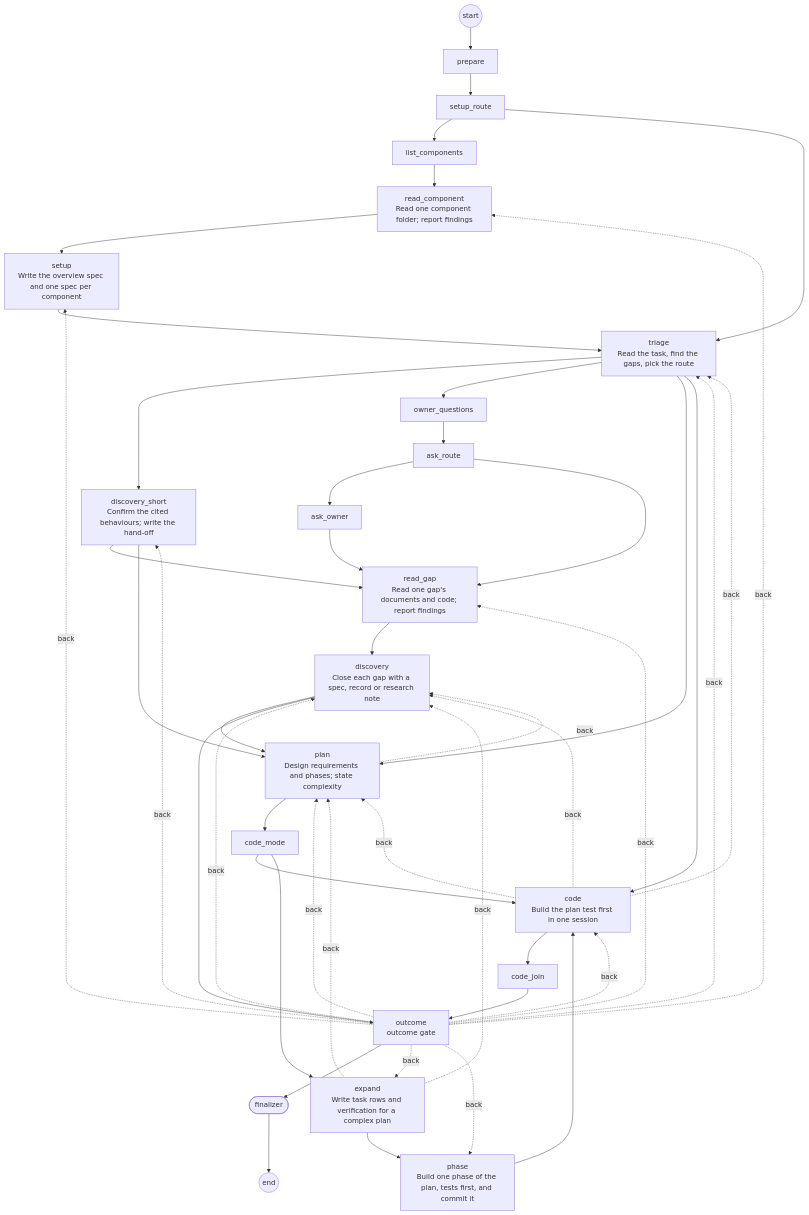
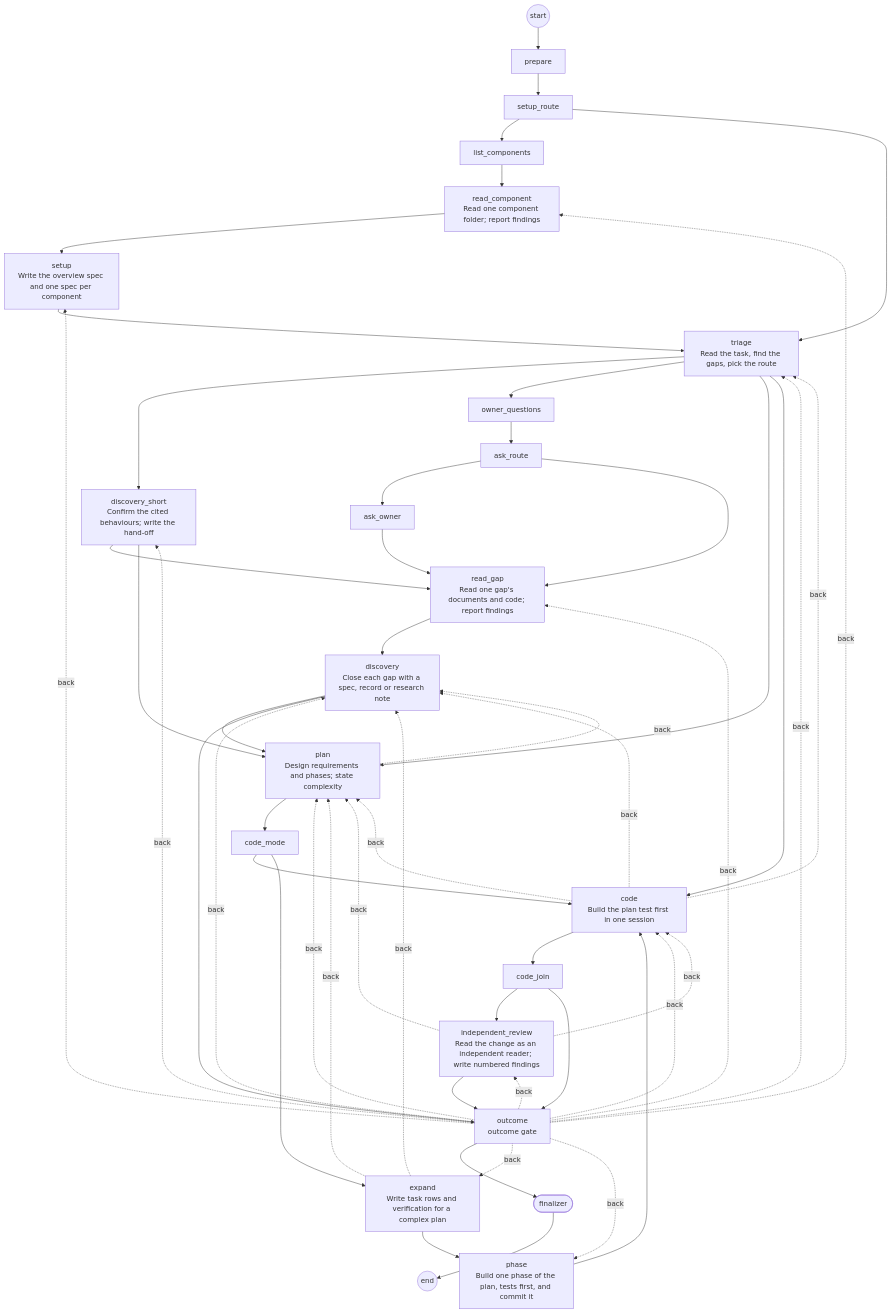
One commit to dbr0vskyi/tempergraph changed the diagram in plugins/temperspec-tgraph/diagram/workflow.md. Above: the diagram before and after it, drawn with Mermaid. The commit also changed 10 other files, not shown here.

````diff
--- a/plugins/temperspec-tgraph/diagram/workflow.md
+++ b/plugins/temperspec-tgraph/diagram/workflow.md
@@ -1,71 +1,77 @@
 ```mermaid
 flowchart TD
   start((start))
   u0["prepare"]
   u1["setup_route"]
   u2["list_components"]
   u3["read_component<br/>Read one component folder; report findings"]
   u4["setup<br/>Write the overview spec and one spec per component"]
   u5["triage<br/>Read the task, find the gaps, pick the route"]
   u6["discovery_short<br/>Confirm the cited behaviours; write the hand-off"]
   u7["owner_questions"]
   u8["ask_route"]
   u9["ask_owner"]
   u10["read_gap<br/>Read one gap's documents and code; report findings"]
   u11["discovery<br/>Close each gap with a spec, record or research note"]
   u12["plan<br/>Design requirements and phases; state complexity"]
   u13["code_mode"]
   u14["expand<br/>Write task rows and verification for a complex plan"]
   u15["phase<br/>Build one phase of the plan, tests first, and commit it"]
   u16["code<br/>Build the plan test first in one session"]
   u17["code_join"]
-  u18["outcome<br/>outcome gate"]
+  u18["independent_review<br/>Read the change as an independent reader; write numbered findings"]
+  u19["outcome<br/>outcome gate"]
   fin([finalizer])
   stop((end))
   start --> u0
   u0 --> u1
   u1 --> u2
   u1 --> u5
   u2 --> u3
   u3 --> u4
   u4 --> u5
   u5 --> u6
   u5 --> u7
   u5 --> u12
   u5 --> u16
   u6 --> u10
   u6 --> u12
   u7 --> u8
   u8 --> u9
   u8 --> u10
   u9 --> u10
   u10 --> u11
   u11 --> u12
-  u11 --> u18
+  u11 --> u19
   u12 --> u13
   u12 -.->|back| u11
   u13 --> u16
   u13 --> u14
   u14 --> u15
   u14 -.->|back| u12
   u14 -.->|back| u11
   u15 --> u16
   u16 --> u17
   u16 -.->|back| u12
   u16 -.->|back| u11
   u16 -.->|back| u5
   u17 --> u18
-  u18 --> fin
-  u18 -.->|back| u3
-  u18 -.->|back| u4
-  u18 -.->|back| u5
-  u18 -.->|back| u6
-  u18 -.->|back| u10
-  u18 -.->|back| u11
+  u17 --> u19
+  u18 --> u19
   u18 -.->|back| u12
-  u18 -.->|back| u14
-  u18 -.->|back| u15
   u18 -.->|back| u16
+  u19 --> fin
+  u19 -.->|back| u3
+  u19 -.->|back| u4
+  u19 -.->|back| u5
+  u19 -.->|back| u6
+  u19 -.->|back| u10
+  u19 -.->|back| u11
+  u19 -.->|back| u12
+  u19 -.->|back| u14
+  u19 -.->|back| u15
+  u19 -.->|back| u16
+  u19 -.->|back| u18
   fin --> stop
 
 ```
````
